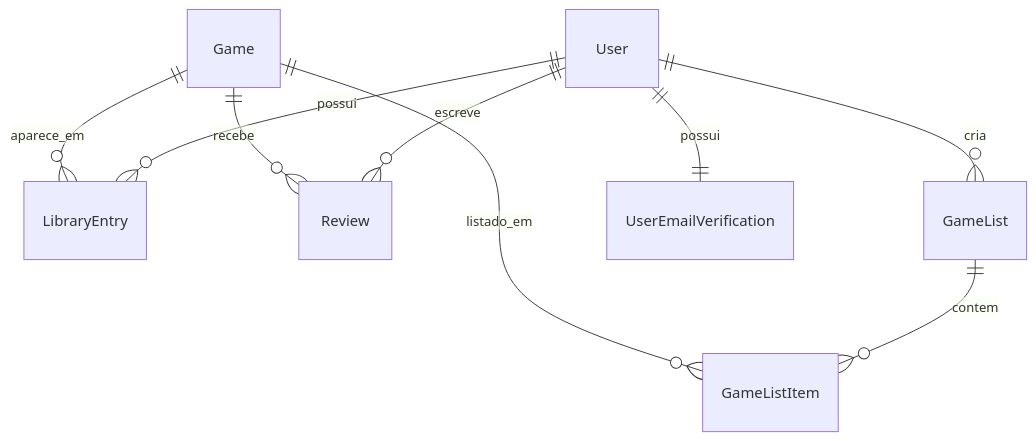
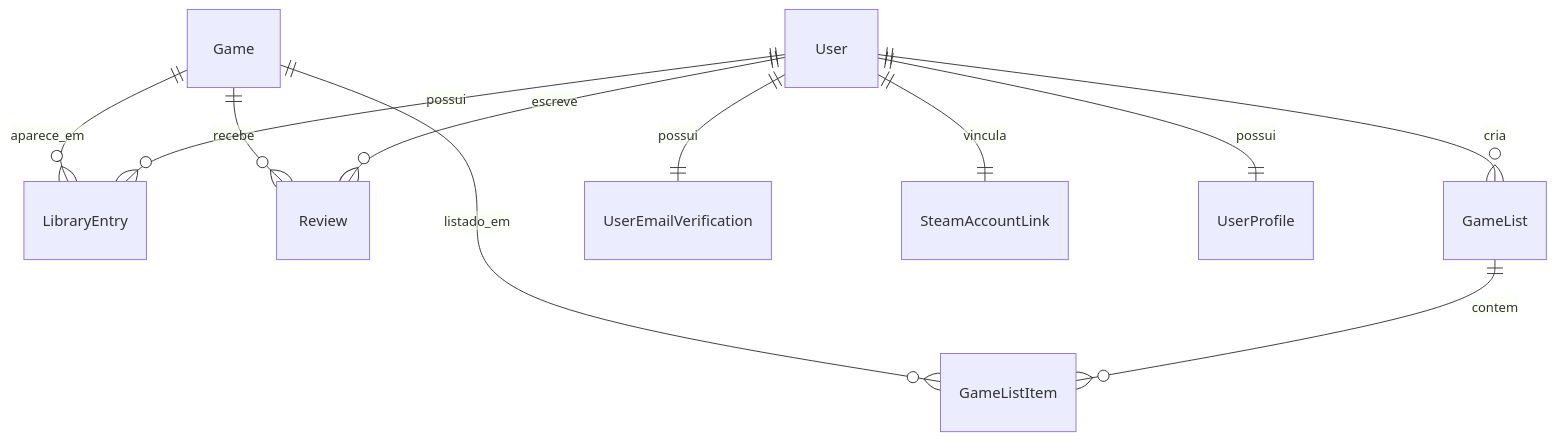
The diagram in Docs/Wiki/02 - Tecnico/Models.md (barao-maua/projeto-web-semestre-gamevault), drawn with Mermaid before and after one commit. The commit also changed other lines of this file and 43 other files, not shown here.

````diff
--- a/Docs/Wiki/02 - Tecnico/Models.md
+++ b/Docs/Wiki/02 - Tecnico/Models.md
@@ -132,11 +164,13 @@
 ```mermaid
 erDiagram
     User ||--o{ LibraryEntry : possui
     Game ||--o{ LibraryEntry : aparece_em
     User ||--o{ Review : escreve
     Game ||--o{ Review : recebe
     User ||--o{ GameList : cria
     GameList ||--o{ GameListItem : contem
     Game ||--o{ GameListItem : listado_em
     User ||--|| UserEmailVerification : possui
+    User ||--|| SteamAccountLink : vincula
+    User ||--|| UserProfile : possui
 ```
````
